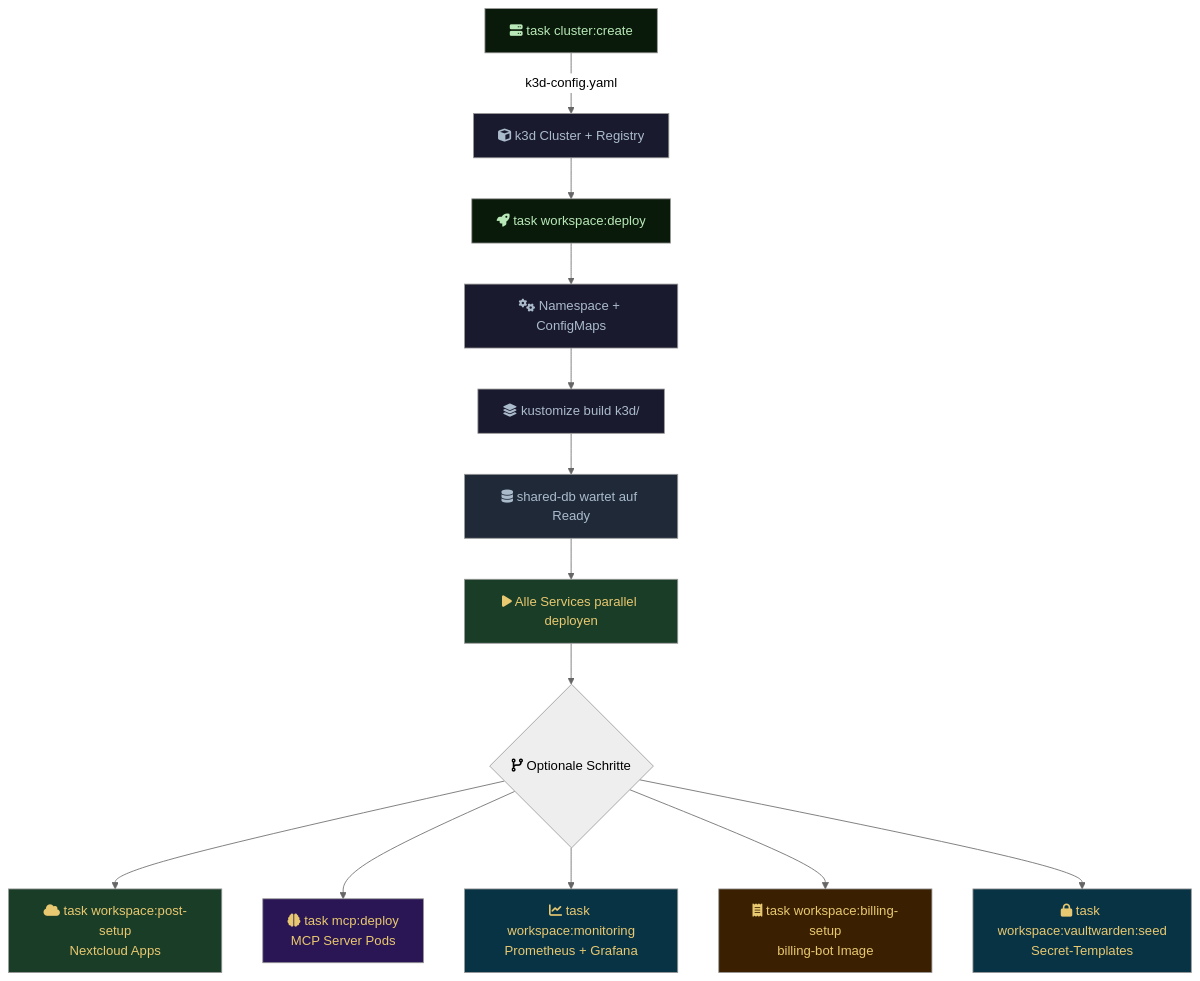
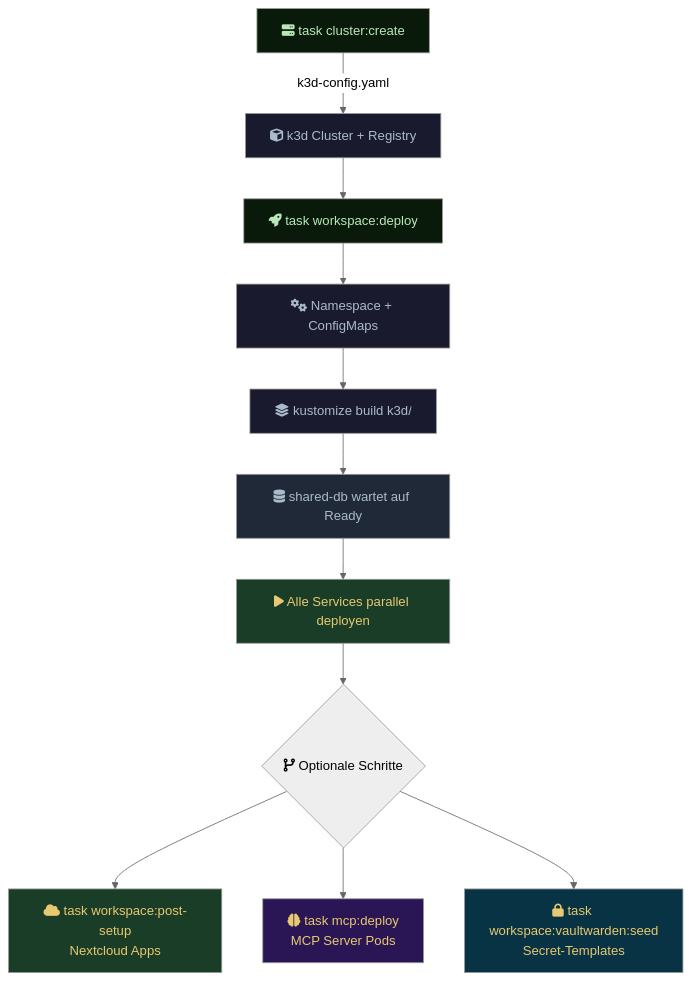
One commit to Paddione/Bachelorprojekt changed the ninth of 10 diagrams in k3d/docs-content/architecture.md. Above: the diagram before and after it, drawn with Mermaid (neutral theme). The commit also changed other lines of this file and 108 other files, not shown here.

First line of the commit message:
chore: infrastructure drift cleanup — remove Prometheus/Grafana, Mattermost, InvoiceNinja, and embedding stale refs (#158)

````diff
--- a/k3d/docs-content/architecture.md
+++ b/k3d/docs-content/architecture.md
@@ -645,29 +570,25 @@
 ```mermaid
 flowchart TD
     A["fa:fa-server task cluster:create"] -->|k3d-config.yaml| B["fa:fa-cube k3d Cluster + Registry"]
     B --> C["fa:fa-rocket task workspace:deploy"]
     C --> D["fa:fa-cogs Namespace + ConfigMaps"]
     D --> E["fa:fa-layer-group kustomize build k3d/"]
     E --> F["fa:fa-database shared-db wartet auf Ready"]
     F --> G["fa:fa-play Alle Services parallel deployen"]
     G --> H{"fa:fa-code-branch Optionale Schritte"}
 
     H --> I["fa:fa-cloud task workspace:post-setup<br/>Nextcloud Apps"]
     H --> J["fa:fa-brain task mcp:deploy<br/>MCP Server Pods"]
-    H --> K["fa:fa-chart-line task workspace:monitoring<br/>Prometheus + Grafana"]
-    H --> L["fa:fa-receipt task workspace:billing-setup<br/>billing-bot Image"]
     H --> M["fa:fa-lock task workspace:vaultwarden:seed<br/>Secret-Templates"]
 
     style A fill:#0a1a0a,color:#b8e8b8
     style B fill:#1a1a2e,color:#aabbcc
     style C fill:#0a1a0a,color:#b8e8b8
     style D fill:#1a1a2e,color:#aabbcc
     style E fill:#1a1a2e,color:#aabbcc
     style F fill:#1f2937,color:#aabbcc
     style G fill:#1a3d28,color:#e8c870
     style I fill:#1a3d28,color:#e8c870
     style J fill:#2a1654,color:#e8c870
-    style K fill:#083344,color:#e8c870
-    style L fill:#3a2000,color:#e8c870
     style M fill:#083344,color:#e8c870
 ```
````
